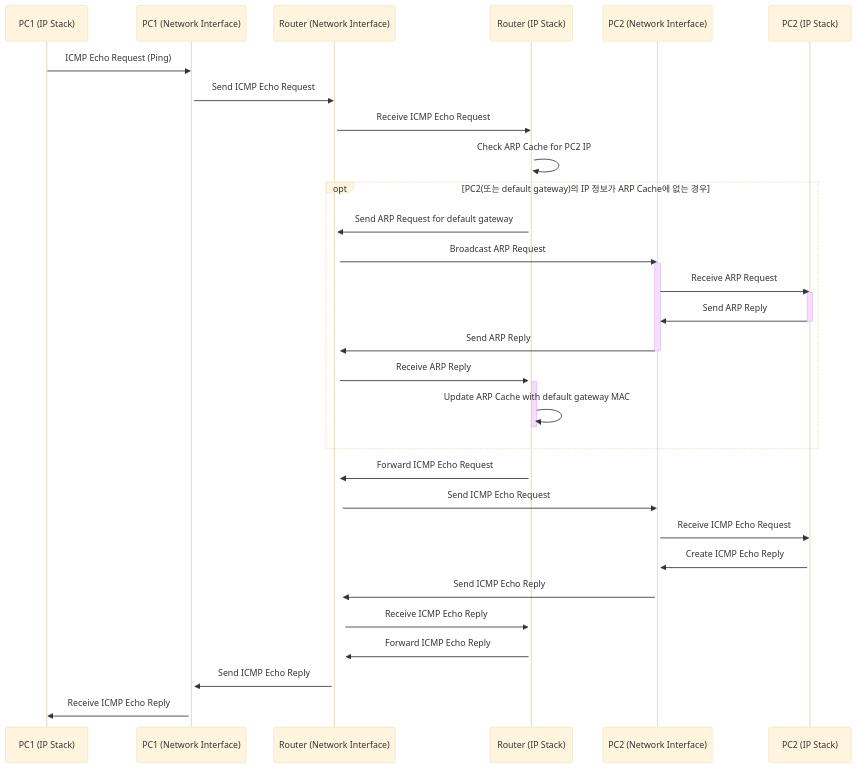
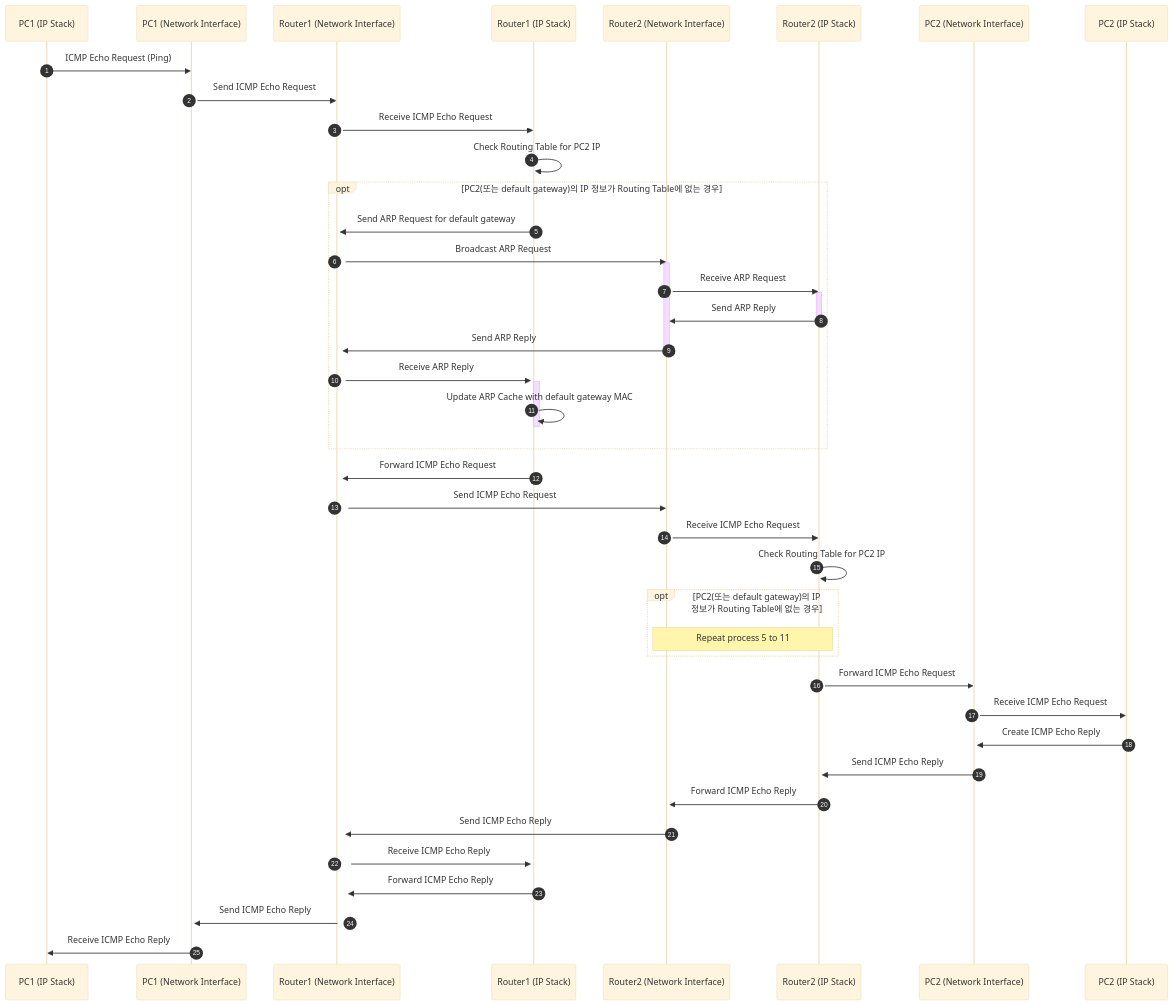
The second of 3 diagrams in static_router/README.md (troymerai/2023CN_ARPWithMFC), drawn with Mermaid (base theme) before and after one commit. The commit also changed other lines of this file, not shown here.

Commit message:
시퀀스 다이어그램 수정

````diff
--- a/static_router/README.md
+++ b/static_router/README.md
@@ -46,65 +54,89 @@
 ```mermaid
 sequenceDiagram
+    autonumber
     participant PC1 as PC1 (IP Stack)
     participant PC1NIC as PC1 (Network Interface)
-    participant RouterNIC as Router (Network Interface)
-    participant Router as Router (IP Stack)
+    participant Router1NIC as Router1 (Network Interface)
+    participant Router1 as Router1 (IP Stack)
+    participant Router2NIC as Router2 (Network Interface)
+    participant Router2 as Router2 (IP Stack)
     participant PC2NIC as PC2 (Network Interface)
     participant PC2 as PC2 (IP Stack)
 
     PC1->>PC1NIC: ICMP Echo Request (Ping)
     activate PC1NIC
     
-    PC1NIC->>RouterNIC: Send ICMP Echo Request
-    activate RouterNIC
+    PC1NIC->>Router1NIC: Send ICMP Echo Request
+    activate Router1NIC
     
-    RouterNIC->>Router: Receive ICMP Echo Request
-    activate Router
+    Router1NIC->>Router1: Receive ICMP Echo Request
+    activate Router1
     
-    Router->>Router: Check ARP Cache for PC2 IP
-    opt PC2(또는 default gateway)의 IP 정보가 ARP Cache에 없는 경우
-        Router->>RouterNIC: Send ARP Request for default gateway
-        activate RouterNIC
+    Router1->>Router1: Check Routing Table for PC2 IP
+    opt PC2(또는 default gateway)의 IP 정보가 Routing Table에 없는 경우
+        Router1->>Router1NIC: Send ARP Request for default gateway
+        activate Router1NIC
         
-        RouterNIC->>PC2NIC: Broadcast ARP Request
-        activate PC2NIC
+        Router1NIC->>Router2NIC: Broadcast ARP Request
+        activate Router2NIC
         
-        PC2NIC->>PC2: Receive ARP Request
-        activate PC2
+        Router2NIC->>Router2: Receive ARP Request
+        activate Router2
         
-        PC2->>PC2NIC: Send ARP Reply
-        deactivate PC2
+        Router2->>Router2NIC: Send ARP Reply
+        deactivate Router2
         
-        PC2NIC->>RouterNIC: Send ARP Reply
-        deactivate PC2NIC
+        Router2NIC->>Router1NIC: Send ARP Reply
+        deactivate Router2NIC
         
-        RouterNIC->>Router: Receive ARP Reply
-        activate Router
+        Router1NIC->>Router1: Receive ARP Reply
+        activate Router1
         
-        Router->>Router: Update ARP Cache with default gateway MAC
-        deactivate Router
+        Router1->>Router1: Update ARP Cache with default gateway MAC
+        deactivate Router1
     end
     
-    Router->>RouterNIC: Forward ICMP Echo Request
-    activate RouterNIC
+    Router1->>Router1NIC: Forward ICMP Echo Request
+    activate Router1NIC
     
-    RouterNIC->>PC2NIC: Send ICMP Echo Request
+    Router1NIC->>Router2NIC: Send ICMP Echo Request
+    activate Router2NIC
+
+    Router2NIC->>Router2: Receive ICMP Echo Request
+    activate Router2
+
+    Router2->>Router2: Check Routing Table for PC2 IP
+    opt PC2(또는 default gateway)의 IP 정보가 Routing Table에 없는 경우
+        Note over Router2NIC,Router2: Repeat process 5 to 11
+    end
+
+    Router2->>PC2NIC: Forward ICMP Echo Request
     activate PC2NIC
-    
+
     PC2NIC->>PC2: Receive ICMP Echo Request
     activate PC2
 
     PC2->>PC2NIC: Create ICMP Echo Reply
     activate PC2NIC
-    PC2NIC->>RouterNIC: Send ICMP Echo Reply
-    activate RouterNIC
-    RouterNIC->>Router: Receive ICMP Echo Reply
-    activate Router
 
-    Router->>RouterNIC: Forward ICMP Echo Reply
-    activate RouterNIC
-    RouterNIC->>PC1NIC: Send ICMP Echo Reply
+    PC2NIC->>Router2: Send ICMP Echo Reply
+    activate Router2
+
+    Router2->>Router2NIC: Forward ICMP Echo Reply
+    activate Router2NIC
+
+    Router2NIC->>Router1NIC: Send ICMP Echo Reply
+    activate Router1NIC
+
+    Router1NIC->>Router1: Receive ICMP Echo Reply
+    activate Router1
+
+    Router1->>Router1NIC: Forward ICMP Echo Reply
+    activate Router1NIC
+
+    Router1NIC->>PC1NIC: Send ICMP Echo Reply
     activate PC1NIC
+
     PC1NIC->>PC1: Receive ICMP Echo Reply
     activate PC1
 ```
````
